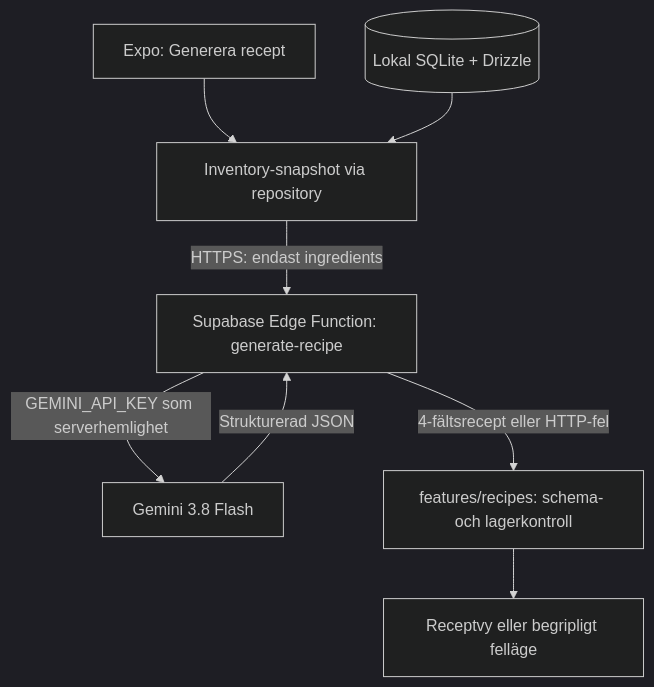
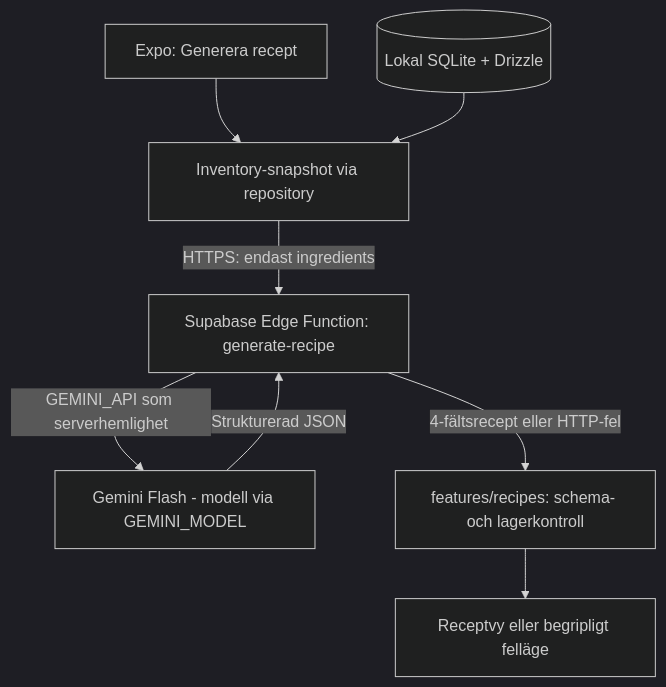
Before and after one commit to BnL-Studios/im-hungry: the diagram in docs/ai-integration.md, drawn with Mermaid (dark theme). The commit also changed other lines of this file and 16 other files, not shown here.

````diff
--- a/docs/ai-integration.md
+++ b/docs/ai-integration.md
@@ -22,10 +22,10 @@
 ```mermaid
 flowchart TD
   UI[Expo: Generera recept] --> SNAP[Inventory-snapshot via repository]
   DB[(Lokal SQLite + Drizzle)] --> SNAP
   SNAP -->|HTTPS: endast ingredients| EDGE[Supabase Edge Function: generate-recipe]
-  EDGE -->|GEMINI_API_KEY som serverhemlighet| GEM[Gemini 3.8 Flash]
+  EDGE -->|GEMINI_API som serverhemlighet| GEM[Gemini Flash - modell via GEMINI_MODEL]
   GEM -->|Strukturerad JSON| EDGE
   EDGE -->|4-fältsrecept eller HTTP-fel| CLIENT[features/recipes: schema- och lagerkontroll]
   CLIENT --> RESULT[Receptvy eller begripligt felläge]
 ```
````
